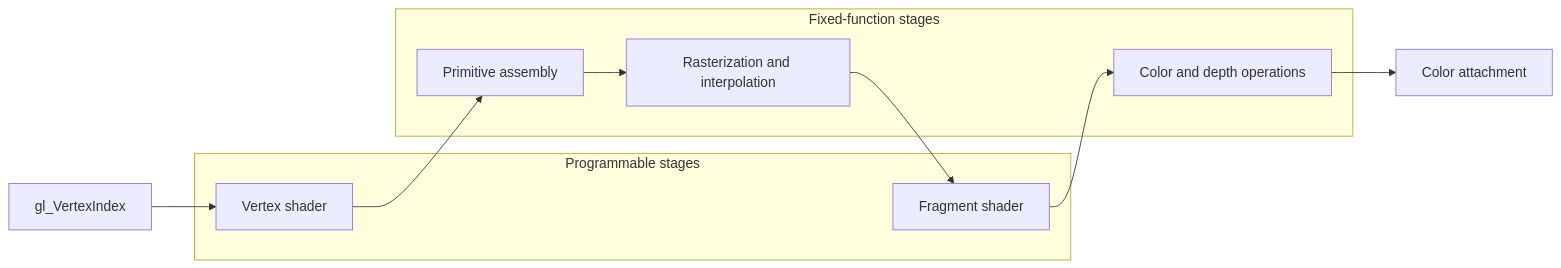
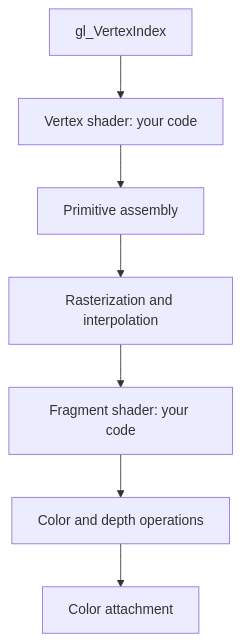
Before and after one commit to datoviz/datoviz: the diagram in docs/gpu-graphics/04-triangle.md, drawn with Mermaid. The commit also changed 4 other files, not shown here.

Commit message:
Render Vulkan course diagrams with Mermaid

````diff
--- a/docs/gpu-graphics/04-triangle.md
+++ b/docs/gpu-graphics/04-triangle.md
@@ -78,18 +78,9 @@
 ```mermaid
-flowchart LR
-    A[gl_VertexIndex] --> B[Vertex shader]
+flowchart TD
+    A[gl_VertexIndex] --> B[Vertex shader: your code]
     B --> C[Primitive assembly]
     C --> D[Rasterization and interpolation]
-    D --> E[Fragment shader]
+    D --> E[Fragment shader: your code]
     E --> F[Color and depth operations]
     F --> G[Color attachment]
-    subgraph Programmable stages
-        B
-        E
-    end
-    subgraph Fixed-function stages
-        C
-        D
-        F
-    end
 ```
````
